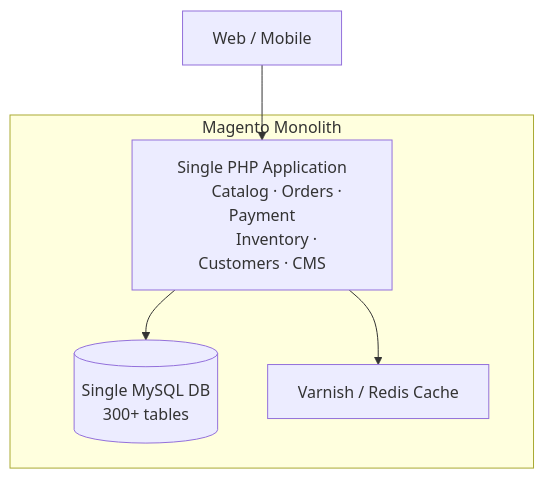
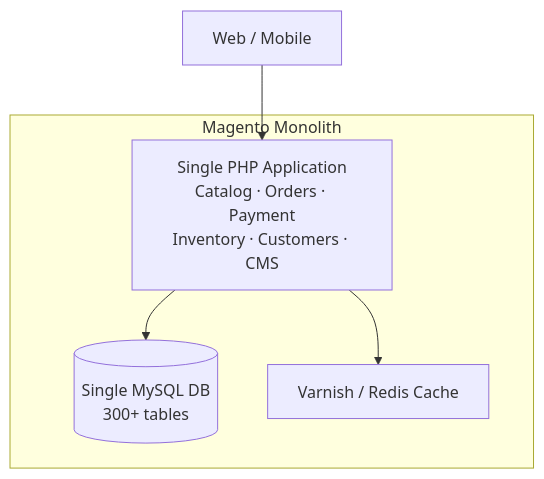
Before and after one commit to vesviet/vesviet: the first of 3 diagrams in content/posts/why-migrate-magento-to-microservices.md, drawn with Mermaid.

Commit message:
fix(docs): resolve malformed mermaid syntax and broken markdown table in magento migration post

````diff
--- a/content/posts/why-migrate-magento-to-microservices.md
+++ b/content/posts/why-migrate-magento-to-microservices.md
@@ -20,13 +20,10 @@
 ```mermaid
 graph TB
     subgraph "Magento Monolith"
-        APP["Single PHP Application
-        Catalog · Orders · Payment
-        Inventory · Customers · CMS"]
-        APP --> DB[("Single MySQL DB
-        300+ tables")]
+        APP["Single PHP Application<br>Catalog · Orders · Payment<br>Inventory · Customers · CMS"]
+        APP --> DB[("Single MySQL DB<br>300+ tables")]
         APP --> CACHE["Varnish / Redis Cache"]
     end
 
     CLIENT["Web / Mobile"] --> APP
 ```
````
